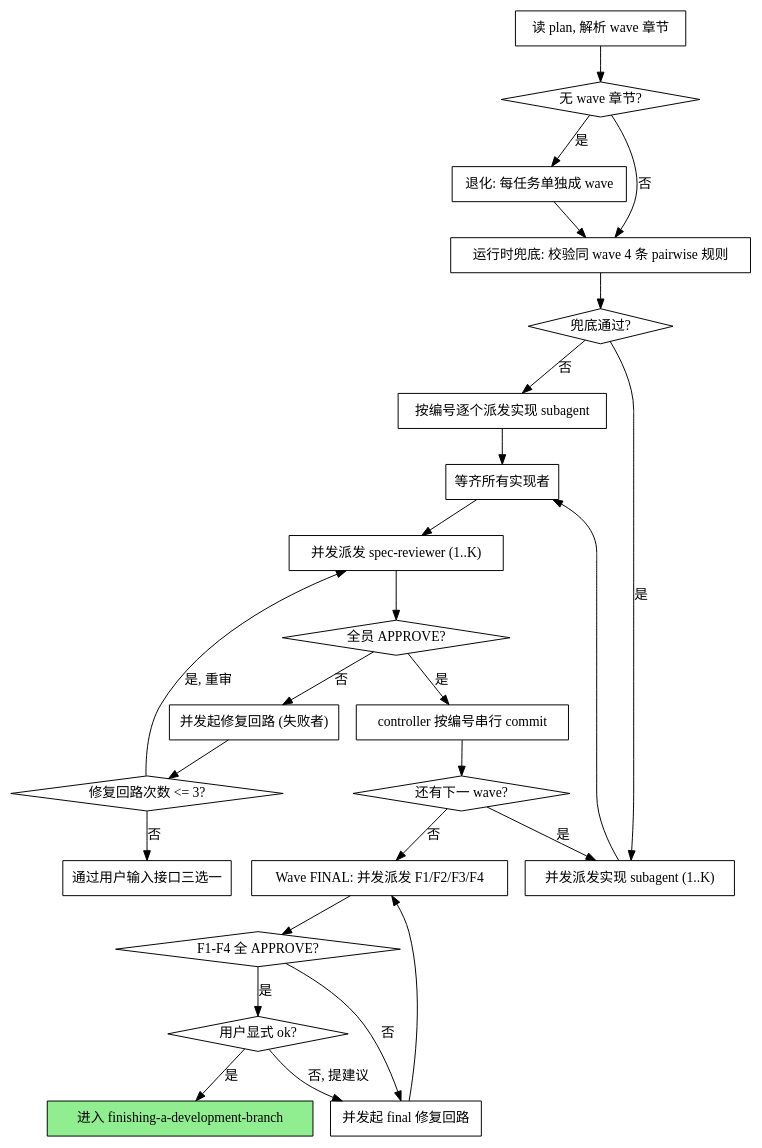
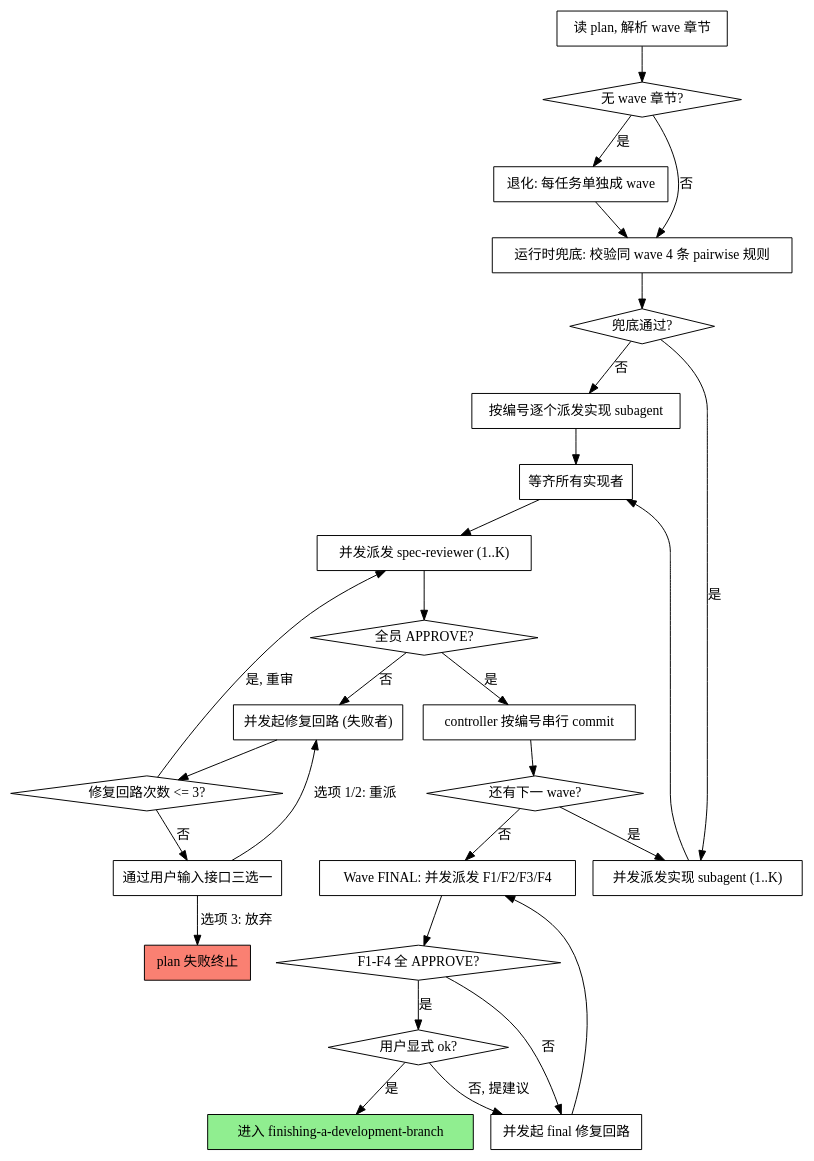
Before and after one commit to ShirlyTaylor73/superpowers-zh: the second of 2 diagrams in skills/subagent-driven-development/SKILL.md, drawn with Graphviz. The commit also changed 1 other file, not shown here.

Commit message:
fix(subagent-driven): 主流程 dot 图补完三选一节点的出边（修复 dead end）

````diff
--- a/skills/subagent-driven-development/SKILL.md
+++ b/skills/subagent-driven-development/SKILL.md
@@ -44,51 +44,55 @@
 ```dot
 digraph wave_flow {
     rankdir=TB;
     "读 plan, 解析 wave 章节" [shape=box];
     "无 wave 章节?" [shape=diamond];
     "退化: 每任务单独成 wave" [shape=box];
     "运行时兜底: 校验同 wave 4 条 pairwise 规则" [shape=box];
     "兜底通过?" [shape=diamond];
     "按编号逐个派发实现 subagent" [shape=box];
     "并发派发实现 subagent (1..K)" [shape=box];
     "等齐所有实现者" [shape=box];
     "并发派发 spec-reviewer (1..K)" [shape=box];
     "全员 APPROVE?" [shape=diamond];
     "并发起修复回路 (失败者)" [shape=box];
     "修复回路次数 <= 3?" [shape=diamond];
     "通过用户输入接口三选一" [shape=box];
     "controller 按编号串行 commit" [shape=box];
     "还有下一 wave?" [shape=diamond];
     "Wave FINAL: 并发派发 F1/F2/F3/F4" [shape=box];
     "F1-F4 全 APPROVE?" [shape=diamond];
     "并发起 final 修复回路" [shape=box];
     "用户显式 ok?" [shape=diamond];
     "进入 finishing-a-development-branch" [shape=box, style=filled, fillcolor=lightgreen];
+    "plan 失败终止" [shape=box, style=filled, fillcolor=salmon];
 
     "读 plan, 解析 wave 章节" -> "无 wave 章节?";
     "无 wave 章节?" -> "退化: 每任务单独成 wave" [label="是"];
     "无 wave 章节?" -> "运行时兜底: 校验同 wave 4 条 pairwise 规则" [label="否"];
     "退化: 每任务单独成 wave" -> "运行时兜底: 校验同 wave 4 条 pairwise 规则";
     "运行时兜底: 校验同 wave 4 条 pairwise 规则" -> "兜底通过?";
     "兜底通过?" -> "按编号逐个派发实现 subagent" [label="否"];
     "兜底通过?" -> "并发派发实现 subagent (1..K)" [label="是"];
     "按编号逐个派发实现 subagent" -> "等齐所有实现者";
     "并发派发实现 subagent (1..K)" -> "等齐所有实现者";
     "等齐所有实现者" -> "并发派发 spec-reviewer (1..K)";
     "并发派发 spec-reviewer (1..K)" -> "全员 APPROVE?";
     "全员 APPROVE?" -> "并发起修复回路 (失败者)" [label="否"];
     "并发起修复回路 (失败者)" -> "修复回路次数 <= 3?";
     "修复回路次数 <= 3?" -> "并发派发 spec-reviewer (1..K)" [label="是, 重审"];
     "修复回路次数 <= 3?" -> "通过用户输入接口三选一" [label="否"];
     "全员 APPROVE?" -> "controller 按编号串行 commit" [label="是"];
     "controller 按编号串行 commit" -> "还有下一 wave?";
     "还有下一 wave?" -> "并发派发实现 subagent (1..K)" [label="是"];
     "还有下一 wave?" -> "Wave FINAL: 并发派发 F1/F2/F3/F4" [label="否"];
     "Wave FINAL: 并发派发 F1/F2/F3/F4" -> "F1-F4 全 APPROVE?";
     "F1-F4 全 APPROVE?" -> "并发起 final 修复回路" [label="否"];
     "并发起 final 修复回路" -> "Wave FINAL: 并发派发 F1/F2/F3/F4";
     "F1-F4 全 APPROVE?" -> "用户显式 ok?" [label="是"];
     "用户显式 ok?" -> "进入 finishing-a-development-branch" [label="是"];
     "用户显式 ok?" -> "并发起 final 修复回路" [label="否, 提建议"];
+
+    "通过用户输入接口三选一" -> "并发起修复回路 (失败者)" [label="选项 1/2: 重派"];
+    "通过用户输入接口三选一" -> "plan 失败终止" [label="选项 3: 放弃"];
 }
 ```
````
